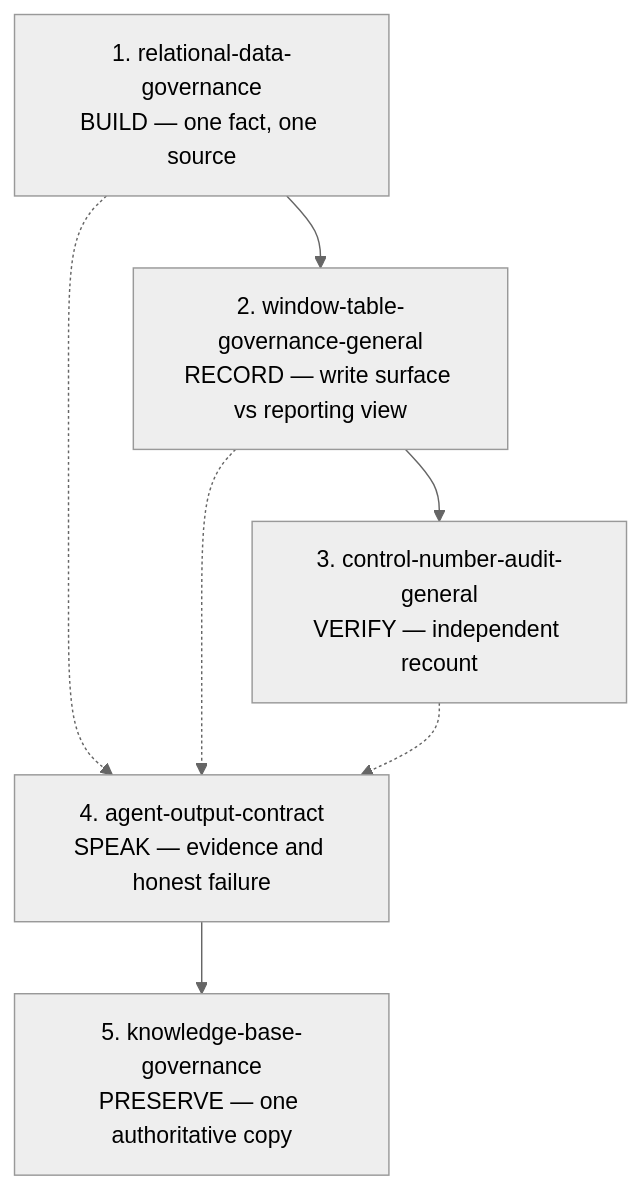
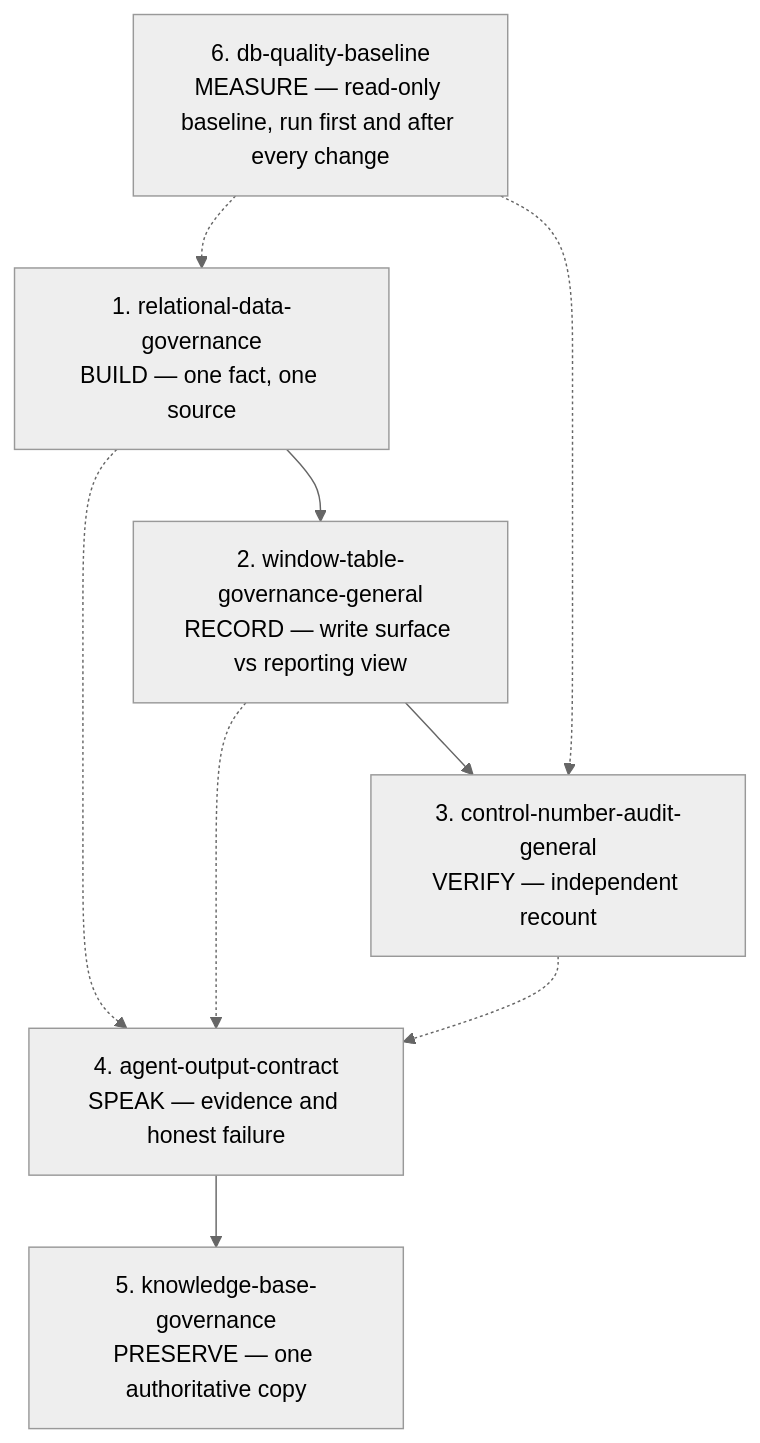
One commit to GG-yangliu/agent-governance-skills changed the first of 2 diagrams in README.md. Above: the diagram before and after it, drawn with Mermaid (neutral theme). The commit also changed other lines of this file and 4 other files, not shown here.

Commit message:
新增第六个技能 db-quality-baseline 与填空表；README 中英改六份、图加测量节点

````diff
--- a/README.md
+++ b/README.md
@@ -24,15 +25,18 @@
 ```mermaid
 flowchart TD
     A["1. relational-data-governance<br/>BUILD — one fact, one source"]
     B["2. window-table-governance-general<br/>RECORD — write surface vs reporting view"]
     C["3. control-number-audit-general<br/>VERIFY — independent recount"]
     D["4. agent-output-contract<br/>SPEAK — evidence and honest failure"]
     E["5. knowledge-base-governance<br/>PRESERVE — one authoritative copy"]
+    F["6. db-quality-baseline<br/>MEASURE — read-only baseline, run first and after every change"]
 
     A --> B
     B --> C
     A -.-> D
     B -.-> D
     C -.-> D
     D --> E
+    F -.-> A
+    F -.-> C
 ```
````
